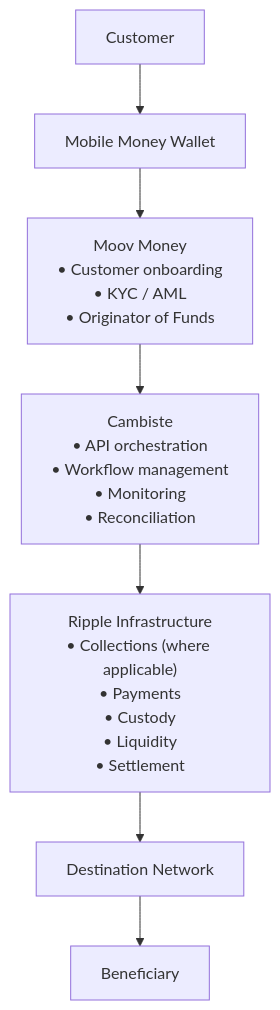
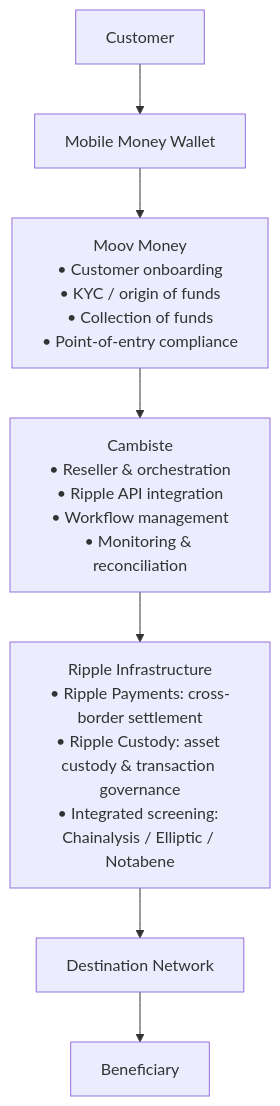
Before and after one commit to TotheLeffe/print-function-file-argument: the diagram in ripple-mobile-money-reference-architecture.md, drawn with Mermaid. The commit also changed other lines of this file, not shown here.

First line of the commit message:
Revise architecture doc: rigorous compliance wording, expanded roles, reseller positioning

````diff
--- a/ripple-mobile-money-reference-architecture.md
+++ b/ripple-mobile-money-reference-architecture.md
@@ -70,9 +43,9 @@
 ```mermaid
 flowchart TD
     A[Customer] --> B[Mobile Money Wallet]
-    B --> C["Moov Money<br/>• Customer onboarding<br/>• KYC / AML<br/>• Originator of Funds"]
-    C --> D["Cambiste<br/>• API orchestration<br/>• Workflow management<br/>• Monitoring<br/>• Reconciliation"]
-    D --> E["Ripple Infrastructure<br/>• Collections (where applicable)<br/>• Payments<br/>• Custody<br/>• Liquidity<br/>• Settlement"]
+    B --> C["Moov Money<br/>• Customer onboarding<br/>• KYC / origin of funds<br/>• Collection of funds<br/>• Point-of-entry compliance"]
+    C --> D["Cambiste<br/>• Reseller & orchestration<br/>• Ripple API integration<br/>• Workflow management<br/>• Monitoring & reconciliation"]
+    D --> E["Ripple Infrastructure<br/>• Ripple Payments: cross-border settlement<br/>• Ripple Custody: asset custody & transaction governance<br/>• Integrated screening: Chainalysis / Elliptic / Notabene"]
     E --> F[Destination Network]
     F --> G[Beneficiary]
 ```
````
